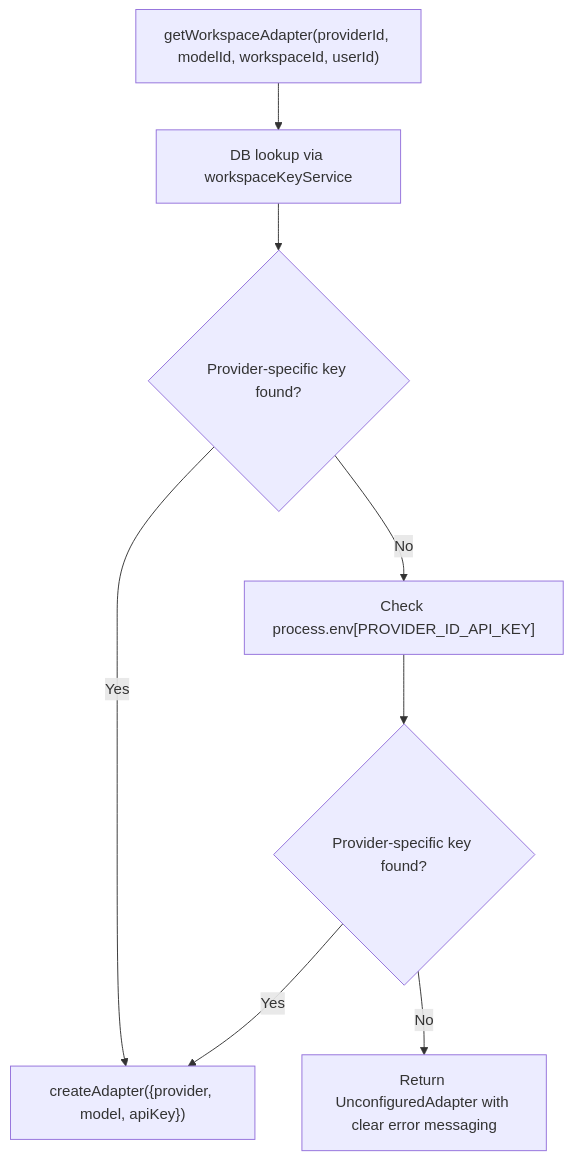
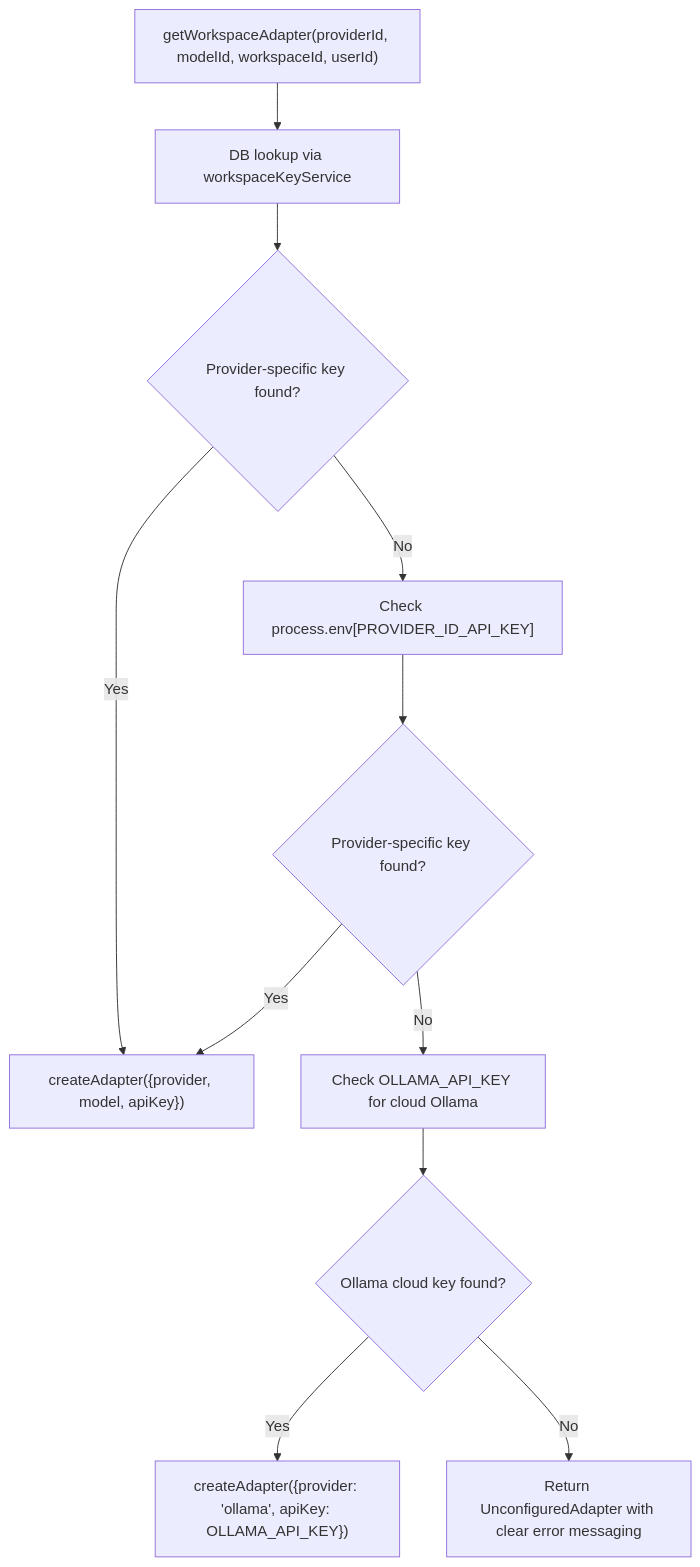
One commit to shekhargiri005-dotcom/AI-powered-accessibility-first-UI-engine changed the fifth of 9 diagrams in .qoder/repowiki/en/content/Architecture & Design/Layered Architecture/Business Logic Layer/AI Provider Adapter System.md. Above: the diagram before and after it, drawn with Mermaid. The commit also changed other lines of this file and 24 other files, not shown here.

````diff
--- a/.qoder/repowiki/en/content/Architecture & Design/Layered Architecture/Business Logic Layer/AI Provider Adapter System.md
+++ b/.qoder/repowiki/en/content/Architecture & Design/Layered Architecture/Business Logic Layer/AI Provider Adapter System.md
@@ -264,10 +293,13 @@
 ```mermaid
 flowchart TD
 A["getWorkspaceAdapter(providerId, modelId, workspaceId, userId)"] --> B["DB lookup via workspaceKeyService"]
 B --> C{"Provider-specific key found?"}
 C -- Yes --> D["createAdapter({provider, model, apiKey})"]
 C -- No --> E["Check process.env[PROVIDER_ID_API_KEY]"]
 E --> F{"Provider-specific key found?"}
 F -- Yes --> D
-F -- No --> G["Return UnconfiguredAdapter with clear error messaging"]
+F -- No --> G["Check OLLAMA_API_KEY for cloud Ollama"]
+G --> H{"Ollama cloud key found?"}
+H -- Yes --> I["createAdapter({provider: 'ollama', apiKey: OLLAMA_API_KEY})"]
+H -- No --> J["Return UnconfiguredAdapter with clear error messaging"]
 ```
````
